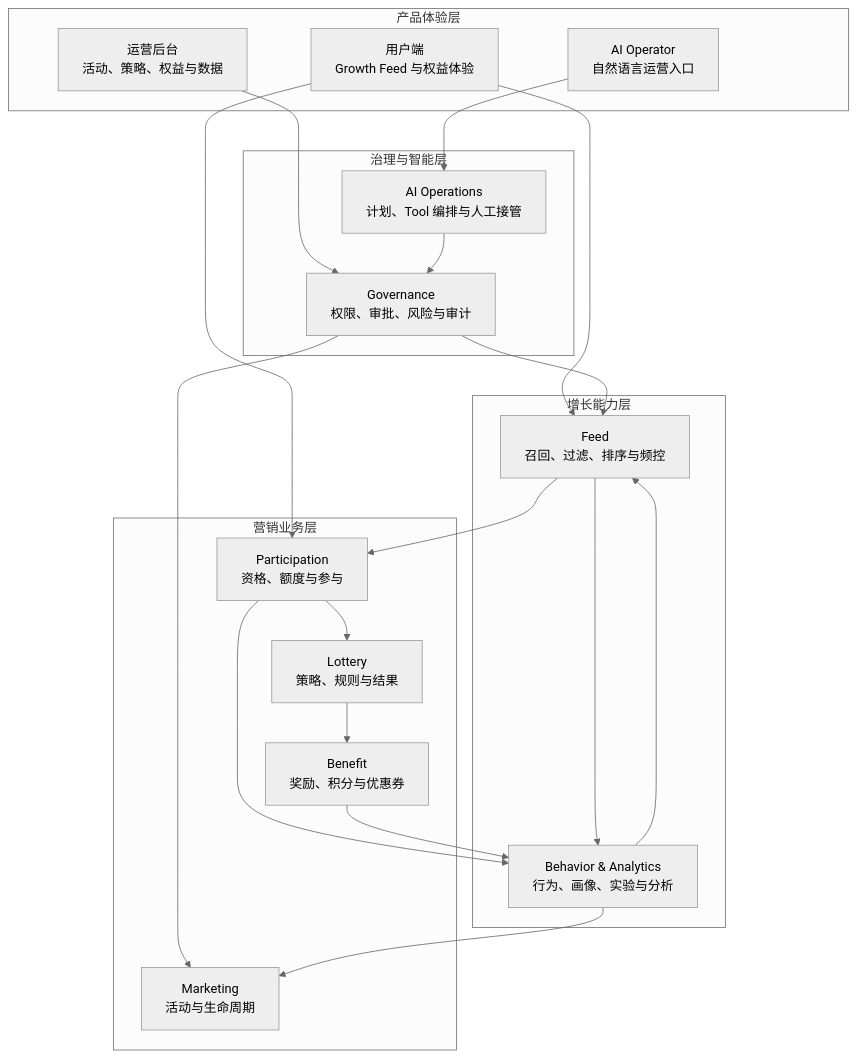
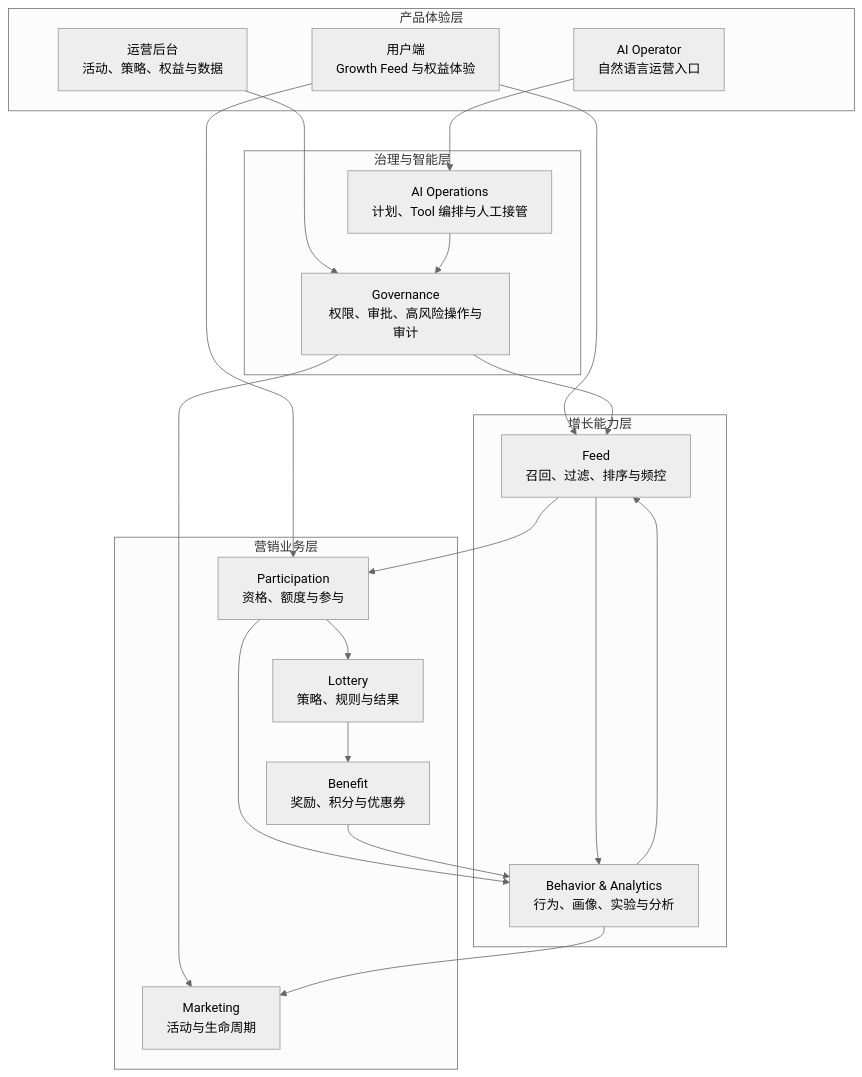
Before and after one commit to Atingaii/GrowthOS-Go: the first of 5 diagrams in docs/product/system-design-v0.md, drawn with Mermaid (neutral theme). The commit also changed other lines of this file and 1 other file, not shown here.

Commit message:
docs(architecture): map participation prerequisite ownership

````diff
--- a/docs/product/system-design-v0.md
+++ b/docs/product/system-design-v0.md
@@ -28,41 +28,41 @@
 ```mermaid
 flowchart TB
     subgraph EXPERIENCE[产品体验层]
         USER[用户端\nGrowth Feed 与权益体验]
         OPS[运营后台\n活动、策略、权益与数据]
         AIOPS[AI Operator\n自然语言运营入口]
     end
 
     subgraph CONTROL[治理与智能层]
-        GOV[Governance\n权限、审批、风险与审计]
+        GOV[Governance\n权限、审批、高风险操作与审计]
         AI[AI Operations\n计划、Tool 编排与人工接管]
     end
 
     subgraph GROWTH[增长能力层]
         FEED[Feed\n召回、过滤、排序与频控]
         BA[Behavior & Analytics\n行为、画像、实验与分析]
     end
 
     subgraph BUSINESS[营销业务层]
         MKT[Marketing\n活动与生命周期]
         PAR[Participation\n资格、额度与参与]
         LOT[Lottery\n策略、规则与结果]
         BEN[Benefit\n奖励、积分与优惠券]
     end
 
     USER --> FEED
     USER --> PAR
     OPS --> GOV
     GOV --> MKT
     GOV --> FEED
     AIOPS --> AI
     AI --> GOV
     FEED --> PAR
     PAR --> LOT
     LOT --> BEN
     FEED --> BA
     PAR --> BA
     BEN --> BA
     BA --> FEED
     BA --> MKT
 ```
````
